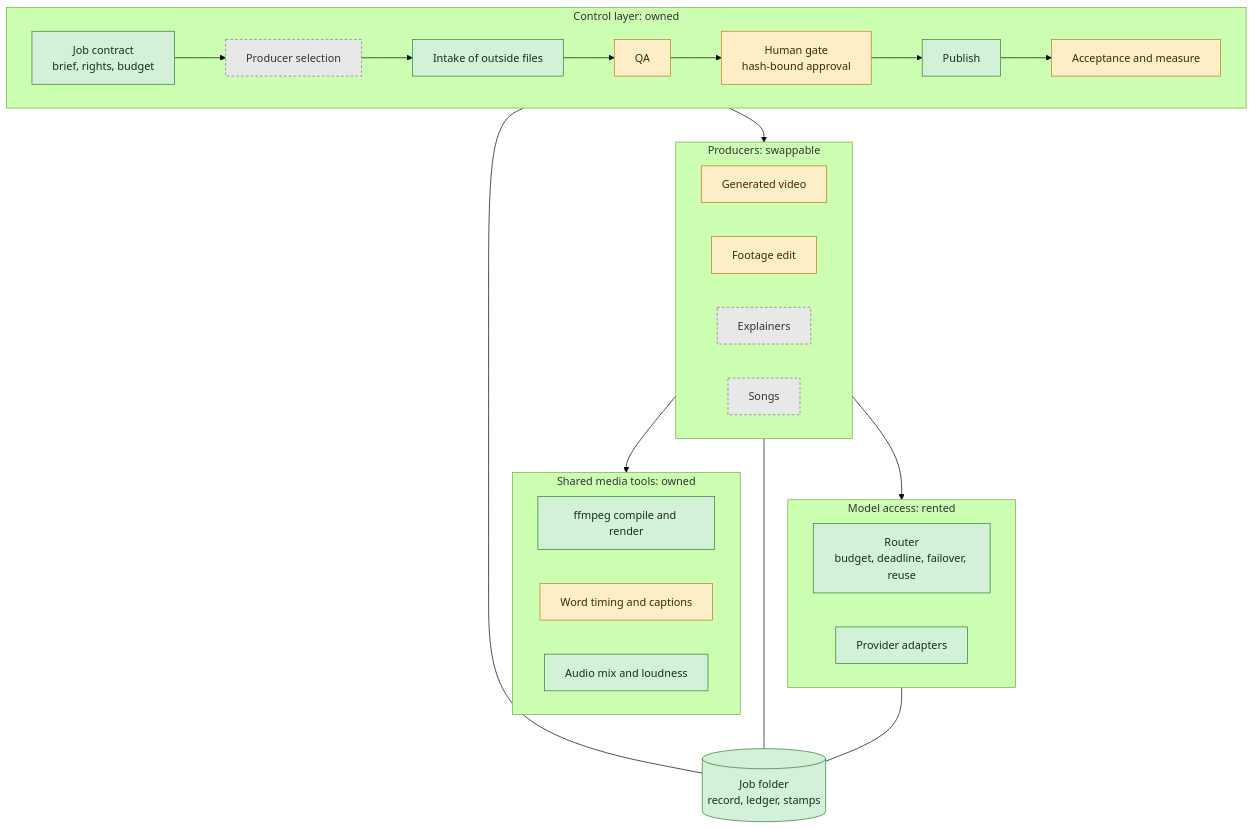
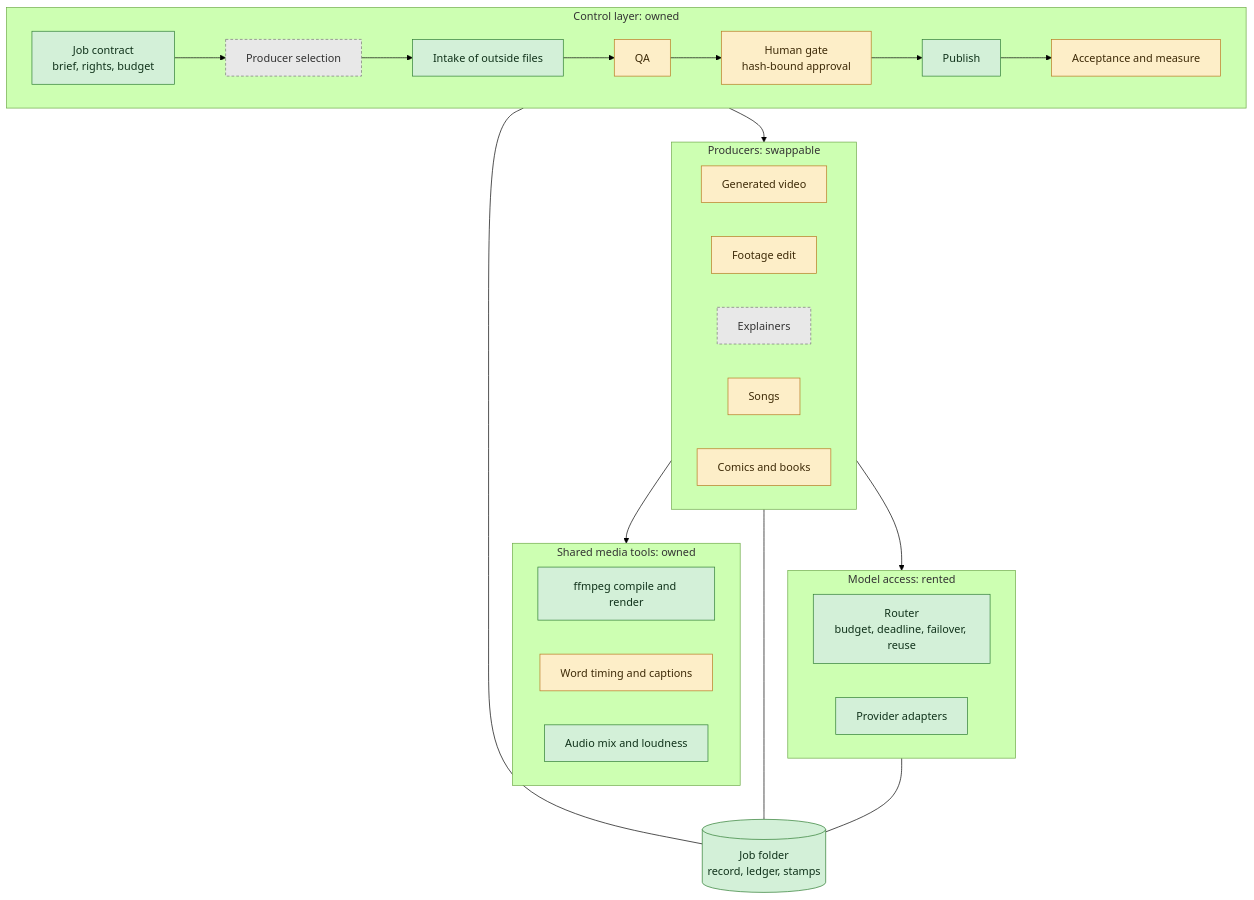
One commit to kaiverse-io/kalainova changed the second of 10 diagrams in ARCHITECTURE.md. Above: the diagram before and after it, drawn with Mermaid (forest theme). The commit also changed other lines of this file and 21 other files, not shown here.

````diff
--- a/ARCHITECTURE.md
+++ b/ARCHITECTURE.md
@@ -47,48 +47,49 @@
 ```mermaid
 flowchart TB
     subgraph control["Control layer: owned"]
         direction LR
         contract["Job contract<br/>brief, rights, budget"]:::built
         selector["Producer selection"]:::planned
         intake["Intake of outside files"]:::built
         qa["QA"]:::partial
         gate["Human gate<br/>hash-bound approval"]:::partial
         publish["Publish"]:::built
         measure["Acceptance and measure"]:::partial
         contract --> selector --> intake --> qa --> gate --> publish --> measure
     end
 
     subgraph producers["Producers: swappable"]
         direction LR
         pgen["Generated video"]:::partial
         pedit["Footage edit"]:::partial
         pexplain["Explainers"]:::planned
-        psong["Songs"]:::planned
+        psong["Songs"]:::partial
+        pwrite["Comics and books"]:::partial
     end
 
     subgraph shared["Shared media tools: owned"]
         direction LR
         compile["ffmpeg compile and render"]:::built
         timing["Word timing and captions"]:::partial
         mix["Audio mix and loudness"]:::built
     end
 
     subgraph access["Model access: rented"]
         direction LR
         router["Router<br/>budget, deadline, failover, reuse"]:::built
         adapters["Provider adapters"]:::built
     end
 
     records[("Job folder<br/>record, ledger, stamps")]:::built
 
     control --> producers
     producers --> shared
     producers --> access
     control --- records
     producers --- records
     access --- records
 
     classDef built fill:#d3f0d8,stroke:#2e7d32,color:#10321a
     classDef partial fill:#fdeec8,stroke:#b7791f,color:#3d2a07
     classDef planned fill:#e8e8e8,stroke:#777777,color:#333333,stroke-dasharray: 4 3
 ```
````
